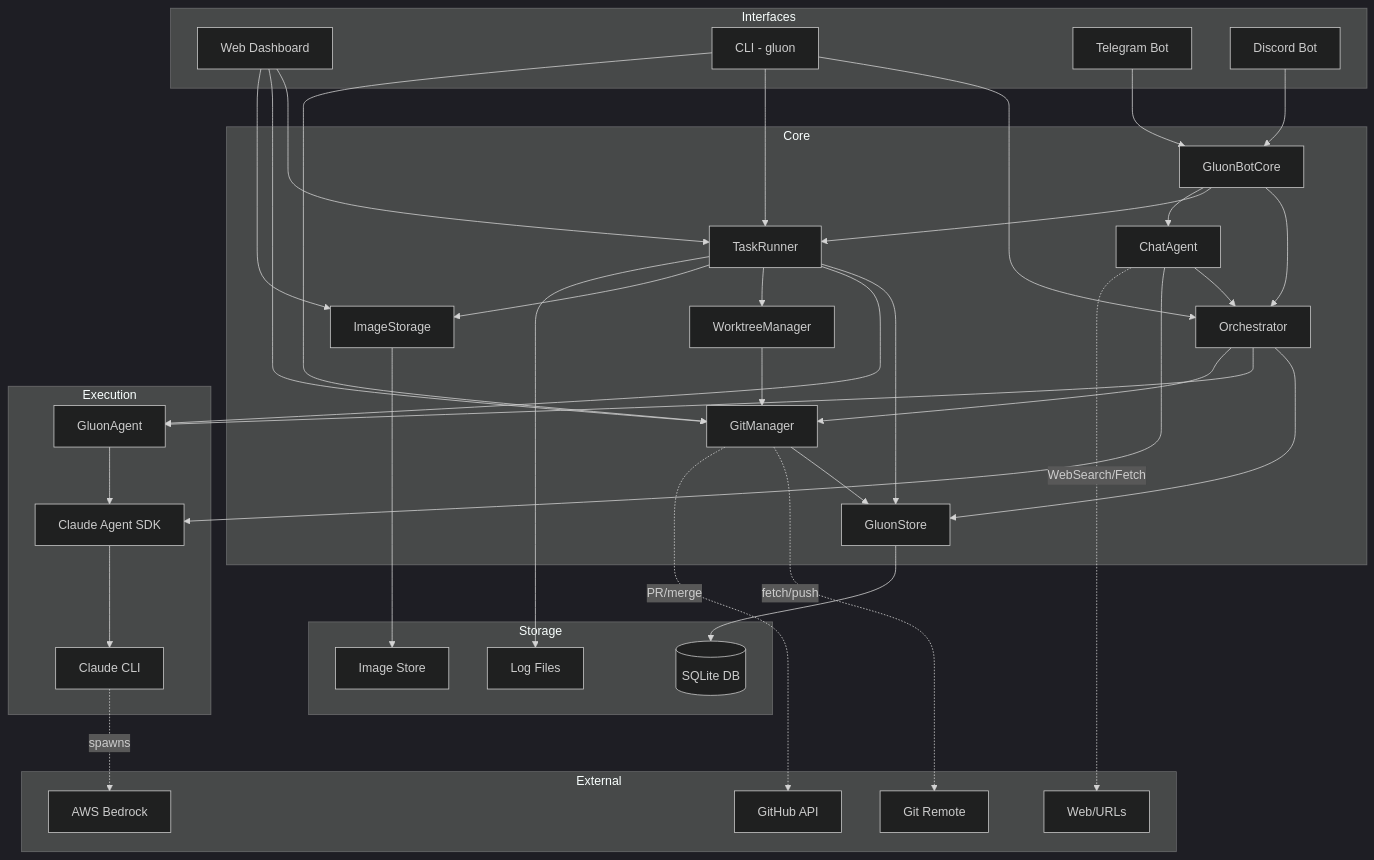
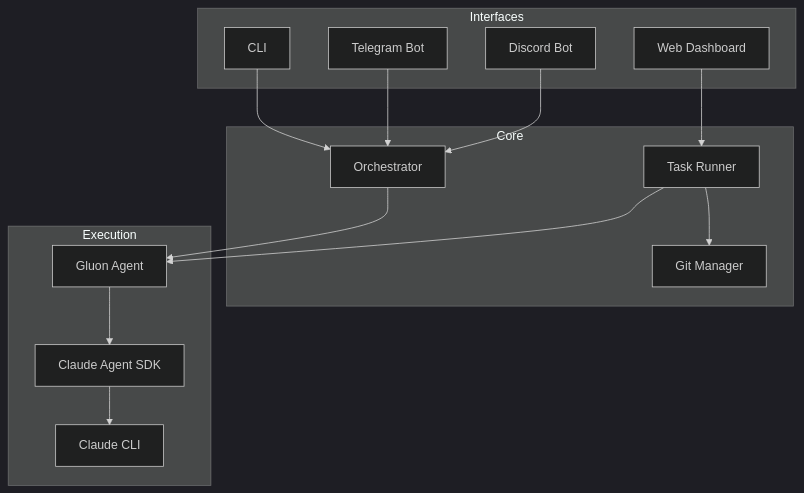
One commit to carrotly-ai/gluon-agent changed the diagram in README.md. Above: the diagram before and after it, drawn with Mermaid (dark theme). The commit also changed other lines of this file and 5 other files, not shown here.

````diff
--- a/README.md
+++ b/README.md
@@ -192,78 +103,33 @@
 ```mermaid
 graph TB
     subgraph Interfaces
+        CLI[CLI]
         WEB[Web Dashboard]
-        CLI[CLI - gluon]
         TG[Telegram Bot]
         DC[Discord Bot]
     end
 
     subgraph Core
-        BOTCORE[GluonBotCore]
         ORCH[Orchestrator]
-        RUNNER[TaskRunner]
-        STORE[GluonStore]
-        GIT[GitManager]
-        WORKTREE[WorktreeManager]
-        CHAT[ChatAgent]
-        IMG[ImageStorage]
+        RUNNER[Task Runner]
+        GIT[Git Manager]
     end
 
     subgraph Execution
-        AGENT[GluonAgent]
+        AGENT[Gluon Agent]
         SDK[Claude Agent SDK]
         CLAUDE[Claude CLI]
     end
 
-    subgraph Storage
-        DB[(SQLite DB)]
-        LOGS[Log Files]
-        IMAGES[Image Store]
-    end
+    CLI --> ORCH
+    WEB --> RUNNER
+    TG --> ORCH
+    DC --> ORCH
 
-    subgraph External
-        BEDROCK[AWS Bedrock]
-        REMOTE[Git Remote]
-        GITHUB[GitHub API]
-        WEB_EXT[Web/URLs]
-    end
-
-    WEB --> RUNNER
-    WEB --> GIT
-    WEB --> IMG
-    CLI --> ORCH
-    CLI --> RUNNER
-    CLI --> GIT
-    TG --> BOTCORE
-    DC --> BOTCORE
-    BOTCORE --> ORCH
-    BOTCORE --> RUNNER
-    BOTCORE --> CHAT
-
-    CHAT --> ORCH
-    CHAT --> SDK
-    CHAT -.->|WebSearch/Fetch| WEB_EXT
-
-    ORCH --> STORE
     ORCH --> AGENT
-    ORCH --> GIT
-    RUNNER --> STORE
     RUNNER --> AGENT
-    RUNNER --> WORKTREE
-    RUNNER --> IMG
-
-    GIT --> STORE
-    GIT -.->|fetch/push| REMOTE
-    GIT -.->|PR/merge| GITHUB
-
-    WORKTREE --> GIT
+    RUNNER --> GIT
 
     AGENT --> SDK
     SDK --> CLAUDE
-
-    STORE --> DB
-    RUNNER --> LOGS
-    IMG --> IMAGES
-
-    CLAUDE -.->|spawns| BEDROCK
 ```
````
